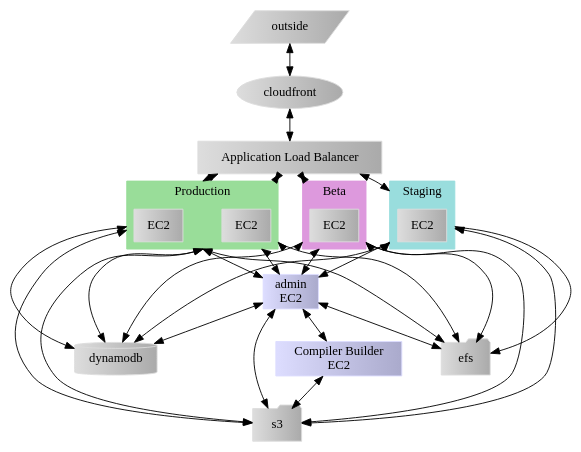
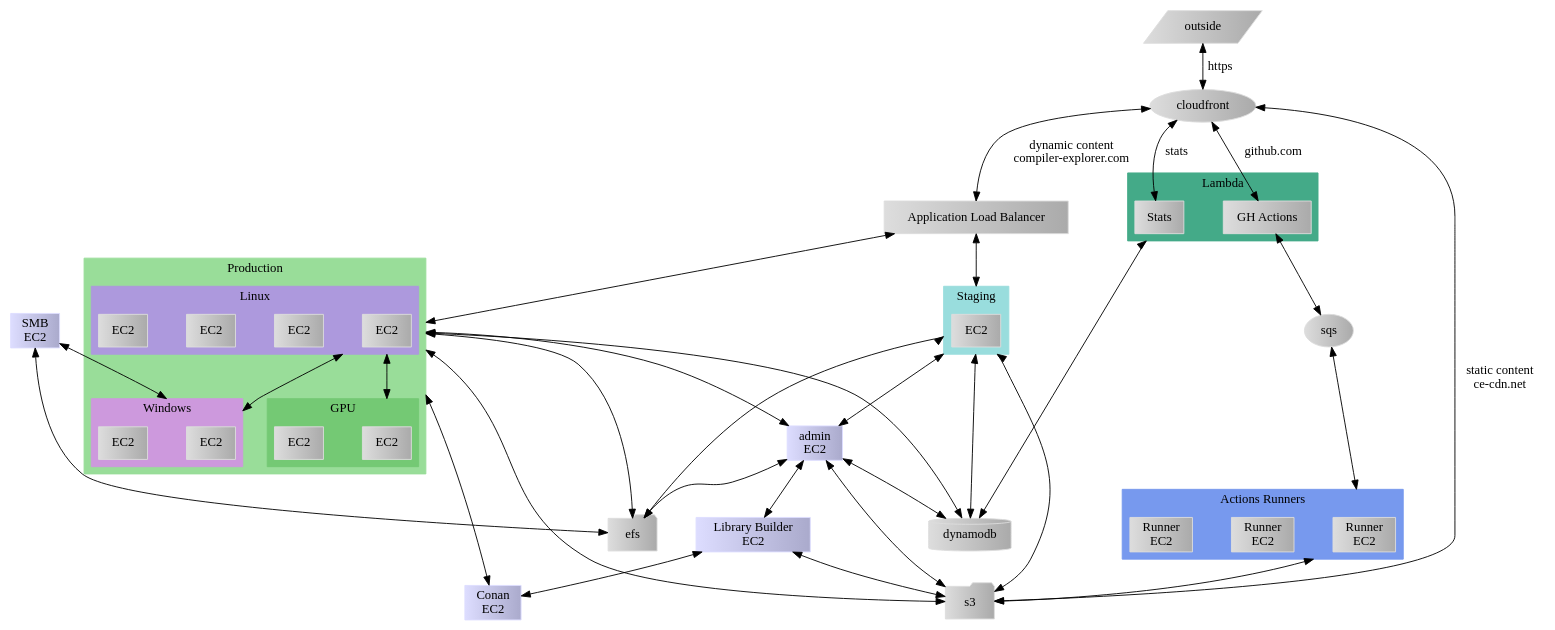
Before and after one commit to mattgodbolt/ce-behind-the-scenes: the diagram in ce.dot, drawn with Graphviz. The commit also changed 5 other files, not shown here.

```diff
--- a/ce.dot
+++ b/ce.dot
@@ -1,66 +1,112 @@
 digraph compiler_explorer {
-    bgcolor=white;
-    compound=true;
-    nodesep=0.6;
-    node [ color="#dddddd:#aaaaaa"; style=filled];
-    edge [ dir=both ];
-    outside [shape = parallelogram, rank="source"];
-
-    cloudfront [shape = oval];
-
-    alb [shape = box, label="Application Load Balancer"];
-
+    bgcolor = white;
+    compound = true;
+    nodesep = 0.6;
+    node [color = "#dddddd:#aaaaaa"; style = filled;];
+    edge [dir = both;];
+    outside [shape = parallelogram;rank = "source";];
+    
+    cloudfront [shape = oval;];
+    sqs [shape = oval;];
+    
+    alb [shape = box;label = "Application Load Balancer";];
+    
     subgraph cluster_ce_nodes {
         label = "Production";
         style = filled;
-        color="#99dd99";
-
-        ce_node_1 [shape = box, label="EC2"];
-        ce_node_2 [shape = box, label="EC2"];
-    }
-    subgraph cluster_beta_nodes {
-        label="Beta";
-        style = filled;
-        color="#dd99dd";
-        beta_node_1 [shape = box, label="EC2"];
+        color = "#99dd99";
+        
+        subgraph cluster_ce_nodes_linux {
+            label = "Linux";
+            style = filled;
+            color = "#ad99dd";
+            ce_node_1 [shape = box;label = "EC2";];
+            ce_node_2 [shape = box;label = "EC2";];
+            ce_node_3 [shape = box;label = "EC2";];
+            ce_node_4 [shape = box;label = "EC2";];
+        }
+        subgraph cluster_ce_nodes_win {
+            label = "Windows";
+            style = filled;
+            color = "#cd99dd";
+            
+            ce_node_1_win [shape = box;label = "EC2";];
+            ce_node_2_win [shape = box;label = "EC2";];
+        }
+        subgraph cluster_ce_nodes_gpu {
+            label = "GPU";
+            style = filled;
+            color = "#74c974";
+            
+            ce_node_1_gpu [shape = box;label = "EC2";];
+            ce_node_2_gpu [shape = box;label = "EC2";];
+        }
     }
     subgraph cluster_staging_nodes {
-        label="Staging";
+        label = "Staging";
         style = filled;
-        color="#99dddd";
-        staging_node_1 [shape = box, label="EC2"];
+        color = "#99dddd";
+        staging_node_1 [shape = box;label = "EC2";];
+    }
+    subgraph cluster_lambda {
+        label = "Lambda";
+        style = filled;
+        color = "#44aa88";
+        gh_actions [shape = box;label = "GH Actions";];
+        lambda_stats [shape = box;label = "Stats";];
+    }
+    subgraph cluster_gh_actions {
+        label = "Actions Runners";
+        style = filled;
+        color = "#7799ee";
+        action_runner_1 [shape = box;label = "Runner\nEC2";];
+        action_runner_2 [shape = box;label = "Runner\nEC2";];
+        action_runner_3 [shape = box;label = "Runner\nEC2";];
     }
 
-    admin [shape = box, rank="sink", label="admin\nEC2", color="#ddddff:#aaaacc"];
-
-    efs [shape = folder];
-    s3 [shape = folder];
-    dynamodb [shape = cylinder];
-
-    outside -> cloudfront;
-    cloudfront -> alb;
-
-    alb -> ce_node_1 [lhead=cluster_ce_nodes];
-    alb -> ce_node_2 [lhead=cluster_ce_nodes];
-    alb -> beta_node_1 [lhead=cluster_beta_nodes];
-    alb -> staging_node_1 [lhead=cluster_staging_nodes];
-
-    build [ shape=box, label="Compiler Builder\nEC2", color="#ddddff:#aaaacc"];
-
-    admin->build;
-    build->s3;
-
-    admin -> {efs, s3, dynamodb };
-    { ce_node_1, ce_node_2} -> admin [ltail=cluster_ce_nodes];
-    { ce_node_1, ce_node_2} -> efs [ltail=cluster_ce_nodes];
-    { ce_node_1, ce_node_2} -> s3 [ltail=cluster_ce_nodes];
-    { ce_node_1, ce_node_2} -> dynamodb [ltail=cluster_ce_nodes];
-    { beta_node_1 } -> admin [ltail=cluster_beta_nodes];
-    { beta_node_1 } -> efs [ltail=cluster_beta_nodes];
-    { beta_node_1 } -> s3 [ltail=cluster_beta_nodes];
-    { beta_node_1 } -> dynamodb [ltail=cluster_beta_nodes];
-    { staging_node_1 } -> admin [ltail=cluster_staging_nodes];
-    { staging_node_1 } -> efs [ltail=cluster_staging_nodes];
-    { staging_node_1 } -> s3 [ltail=cluster_staging_nodes];
-    { staging_node_1 } -> dynamodb [ltail=cluster_staging_nodes];
+    admin [shape = box;rank = "sink";label = "admin\nEC2";color = "#ddddff:#aaaacc";];
+    
+    efs [shape = folder;];
+    s3 [shape = folder;];
+    dynamodb [shape = cylinder;];
+    
+    gh_actions -> sqs;
+    sqs -> action_runner_1 [lhead = cluster_gh_actions;];
+    
+    outside -> cloudfront [label = "https";];
+    cloudfront -> alb [label = "dynamic content\ncompiler-explorer.com";];
+    cloudfront -> s3 [label = "static content\nce-cdn.net";];
+    cloudfront -> lambda_stats [label = "stats";];
+    cloudfront -> gh_actions [label = "github.com";];
+    
+    alb -> ce_node_1 [lhead = cluster_ce_nodes;];
+    alb -> staging_node_1 [lhead = cluster_staging_nodes;];
+    
+    lambda_stats -> dynamodb [ltail = cluster_lambda;];
+    action_runner_1 -> s3 [ltail = cluster_gh_actions;];
+    
+    build [shape = box;label = "Library Builder\nEC2";color = "#ddddff:#aaaacc";];
+    
+    admin -> build;
+    build -> s3;
+    
+    conan [shape = box;label = "Conan\nEC2";color = "#ddddff:#aaaacc";];
+    {ce_node_1} -> conan [ltail = cluster_ce_nodes;];
+    build -> conan;
+    
+    winsmb [shape = box;label = "SMB\nEC2";color = "#ddddff:#aaaacc";];
+    winsmb -> ce_node_1_win [lhead = cluster_ce_nodes_win;];
+    winsmb -> efs;
+    
+    admin -> {efs s3 dynamodb};
+    {ce_node_1} -> admin [ltail = cluster_ce_nodes;];
+    {ce_node_1} -> efs [ltail = cluster_ce_nodes;];
+    {ce_node_1} -> s3 [ltail = cluster_ce_nodes;];
+    {ce_node_1} -> dynamodb [ltail = cluster_ce_nodes;];
+    {ce_node_1} -> ce_node_1_win [ltail = cluster_ce_nodes_linux; lhead = cluster_ce_nodes_win;];
+    {ce_node_1} -> ce_node_1_gpu [ltail = cluster_ce_nodes_linux; lhead = cluster_ce_nodes_gpu;];
+    {staging_node_1} -> admin [ltail = cluster_staging_nodes;];
+    {staging_node_1} -> efs [ltail = cluster_staging_nodes;];
+    {staging_node_1} -> s3 [ltail = cluster_staging_nodes;];
+    {staging_node_1} -> dynamodb [ltail = cluster_staging_nodes;];
 }
```
